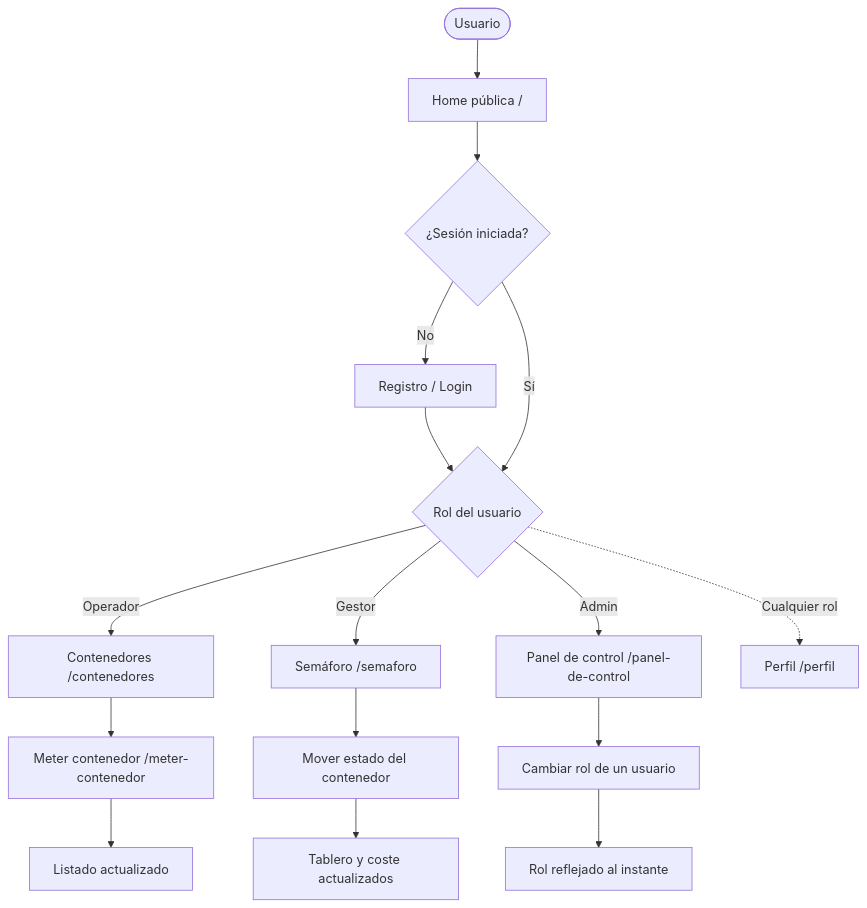
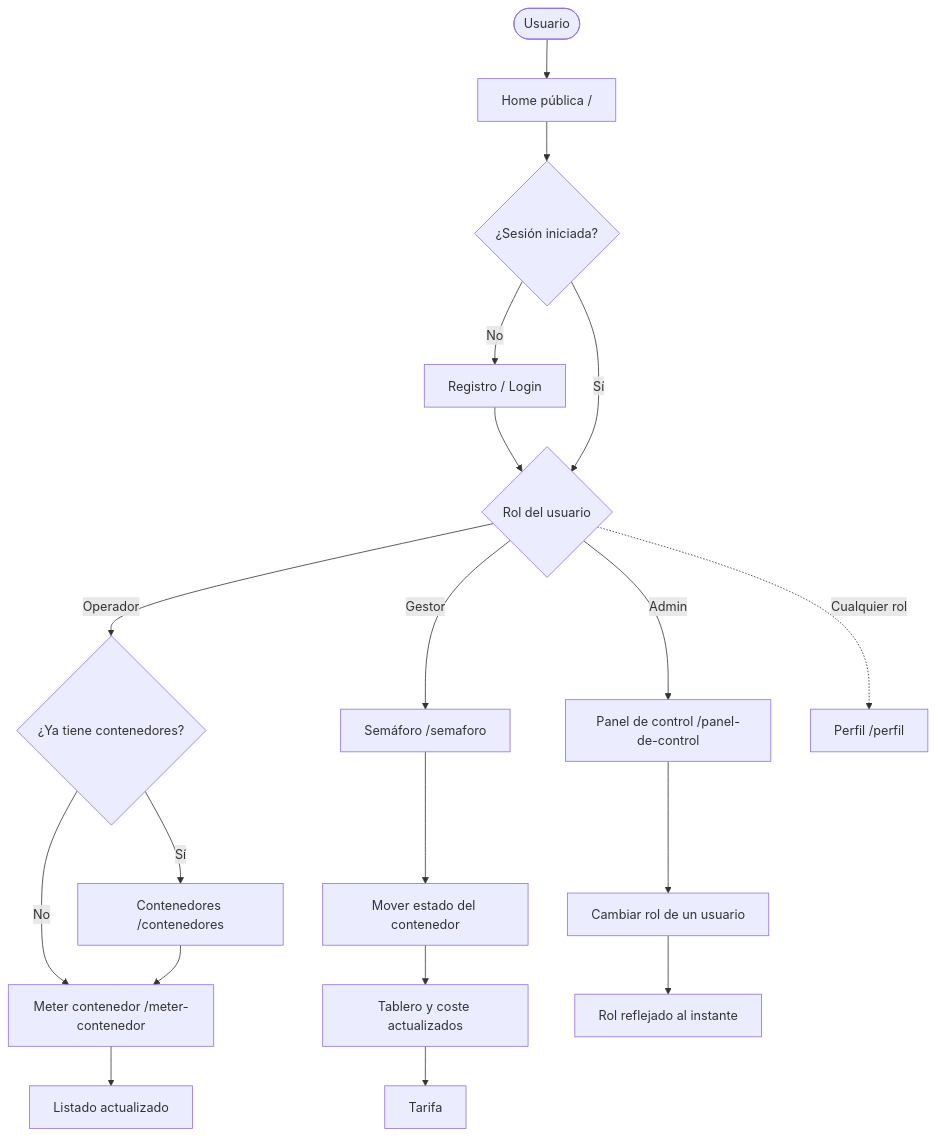
Before and after one commit to Agsergio04/DIW_Recuperacion: the diagram in arquitectura.md, drawn with Mermaid. The commit also changed other lines of this file, not shown here.

Commit message:
Corrige el aterrizaje adaptativo del operador en arquitectura.md (acorde a useDestinoRol)

````diff
--- a/arquitectura.md
+++ b/arquitectura.md
@@ -96,22 +100,25 @@
 ```mermaid
 flowchart TD
     U(["Usuario"]) --> HOME["Home pública /"]
     HOME --> AUTH{"¿Sesión iniciada?"}
     AUTH -->|No| REG["Registro / Login"]
     REG --> ROL{"Rol del usuario"}
     AUTH -->|Sí| ROL
 
-    ROL -->|Operador| OP1["Contenedores /contenedores"]
-    OP1 --> OP2["Meter contenedor /meter-contenedor"]
+    ROL -->|Operador| OPQ{"¿Ya tiene contenedores?"}
+    OPQ -->|Sí| OP1["Contenedores /contenedores"]
+    OPQ -->|No| OP2["Meter contenedor /meter-contenedor"]
+    OP1 --> OP2
     OP2 --> OP3["Listado actualizado"]
 
     ROL -->|Gestor| GE1["Semáforo /semaforo"]
     GE1 --> GE2["Mover estado del contenedor"]
     GE2 --> GE3["Tablero y coste actualizados"]
+    GE3 --> GE4["Tarifa"]
 
     ROL -->|Admin| AD1["Panel de control /panel-de-control"]
     AD1 --> AD2["Cambiar rol de un usuario"]
     AD2 --> AD3["Rol reflejado al instante"]
 
     ROL -.->|Cualquier rol| PERF["Perfil /perfil"]
 ```
````
